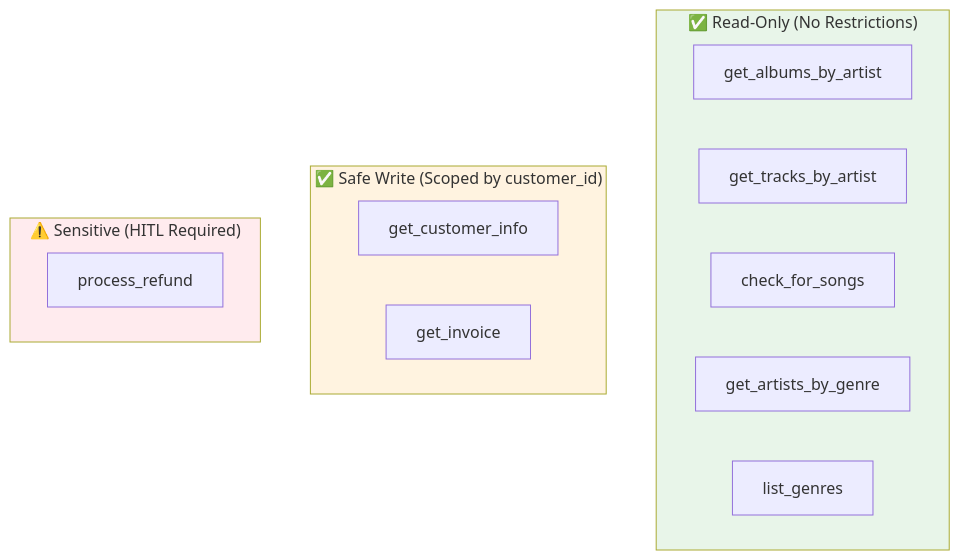
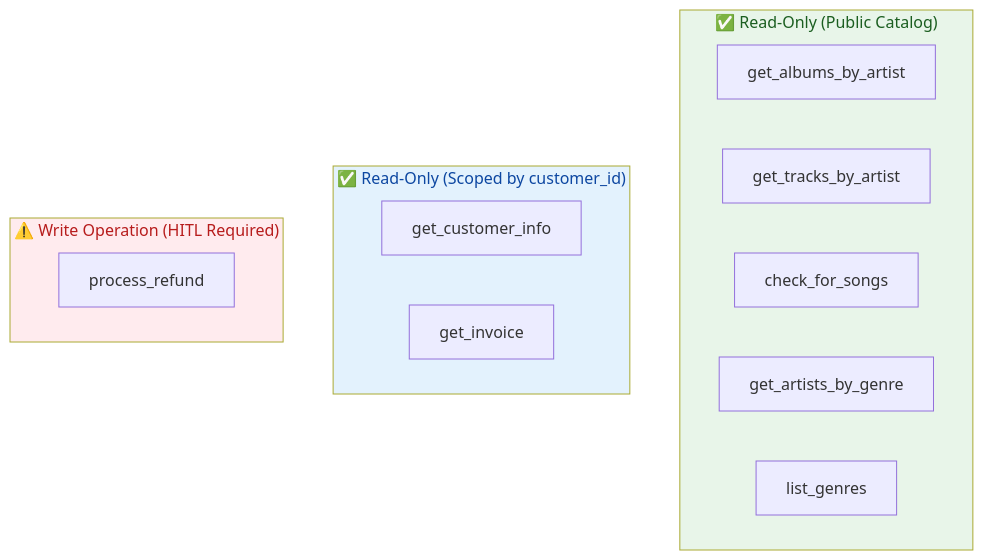
The ninth of 10 diagrams in ARCHITECTURE.md (scarolan/music_store_assistant), drawn with Mermaid before and after one commit. The commit also changed other lines of this file, not shown here.

Commit message:
docs: fix Mermaid reserved keyword and improve diagram styling

````diff
--- a/ARCHITECTURE.md
+++ b/ARCHITECTURE.md
@@ -327,23 +327,23 @@
 ```mermaid
 flowchart TB
-    subgraph ReadOnly["✅ Read-Only (No Restrictions)"]
+    subgraph ReadOnly["✅ Read-Only (Public Catalog)"]
         m1["get_albums_by_artist"]
         m2["get_tracks_by_artist"]
         m3["check_for_songs"]
         m4["get_artists_by_genre"]
         m5["list_genres"]
     end
     
-    subgraph SafeWrite["✅ Safe Write (Scoped by customer_id)"]
+    subgraph ScopedRead["✅ Read-Only (Scoped by customer_id)"]
         s1["get_customer_info"]
         s2["get_invoice"]
     end
     
-    subgraph Sensitive["⚠️ Sensitive (HITL Required)"]
+    subgraph Sensitive["⚠️ Write Operation (HITL Required)"]
         h1["process_refund"]
     end
     
-    style ReadOnly fill:#e8f5e9
-    style SafeWrite fill:#fff3e0
-    style Sensitive fill:#ffebee
+    style ReadOnly fill:#e8f5e9,color:#1b5e20
+    style ScopedRead fill:#e3f2fd,color:#0d47a1
+    style Sensitive fill:#ffebee,color:#b71c1c
 ```
````
